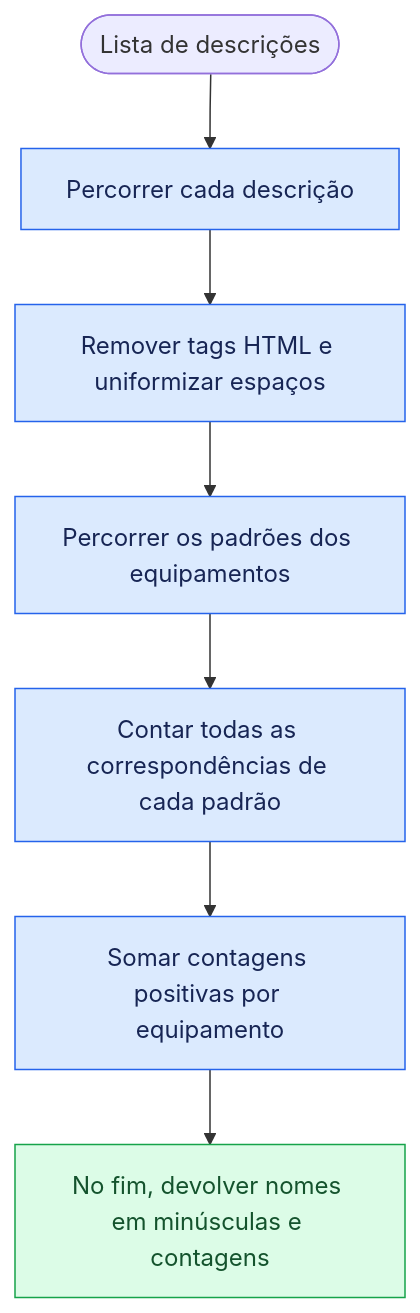
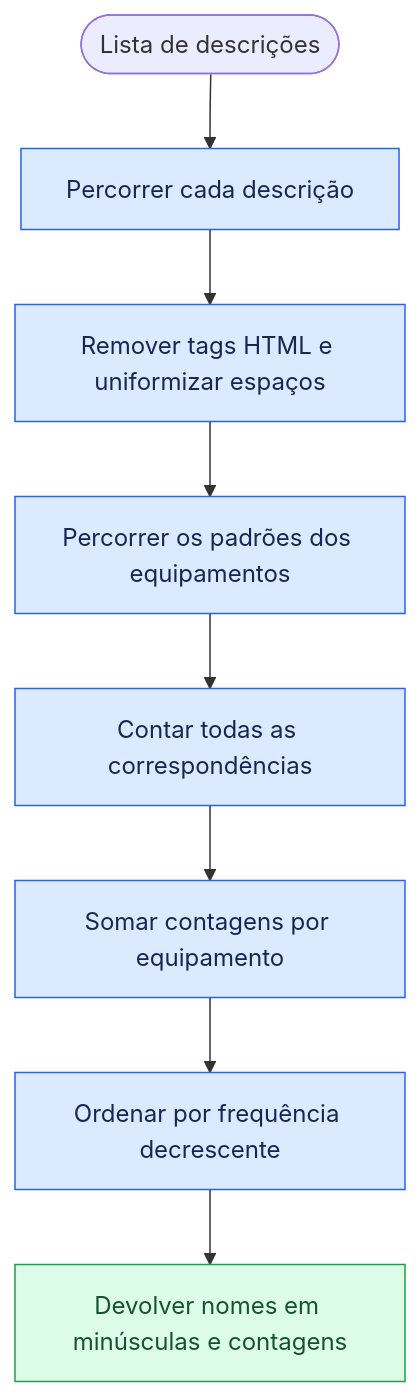
The second of 2 diagrams in docs/fitcli/exercises/d_equipment.md (nathansperinde/ALPCD_12), drawn with Mermaid before and after one commit. The commit also changed other lines of this file, not shown here.

````diff
--- a/docs/fitcli/exercises/d_equipment.md
+++ b/docs/fitcli/exercises/d_equipment.md
@@ -54,14 +53,14 @@
 ```mermaid
 flowchart TD
-start(["Lista de descrições"]) --> loop["Percorrer cada descrição"]
+    start(["Lista de descrições"]) --> loop["Percorrer cada descrição"]
     loop --> clean["Remover tags HTML e uniformizar espaços"]
     clean --> patterns["Percorrer os padrões dos equipamentos"]
-    patterns --> matches["Contar todas as correspondências de cada padrão"]
-    matches --> total["Somar contagens positivas por equipamento"]
-    total --> result["No fim, devolver nomes em minúsculas e contagens"]
+    patterns --> matches["Contar todas as correspondências"]
+    matches --> total["Somar contagens por equipamento"]
+    total --> sort["Ordenar por frequência decrescente"]
+    sort --> result["Devolver nomes em minúsculas e contagens"]
     classDef action fill:#dbeafe,stroke:#2563eb,color:#172554
     classDef ok fill:#dcfce7,stroke:#16a34a,color:#14532d
-    classDef stop fill:#fee2e2,stroke:#dc2626,color:#7f1d1d
-    class loop,clean,patterns,matches,total action
+    class loop,clean,patterns,matches,total,sort action
     class result ok
 ```
````
